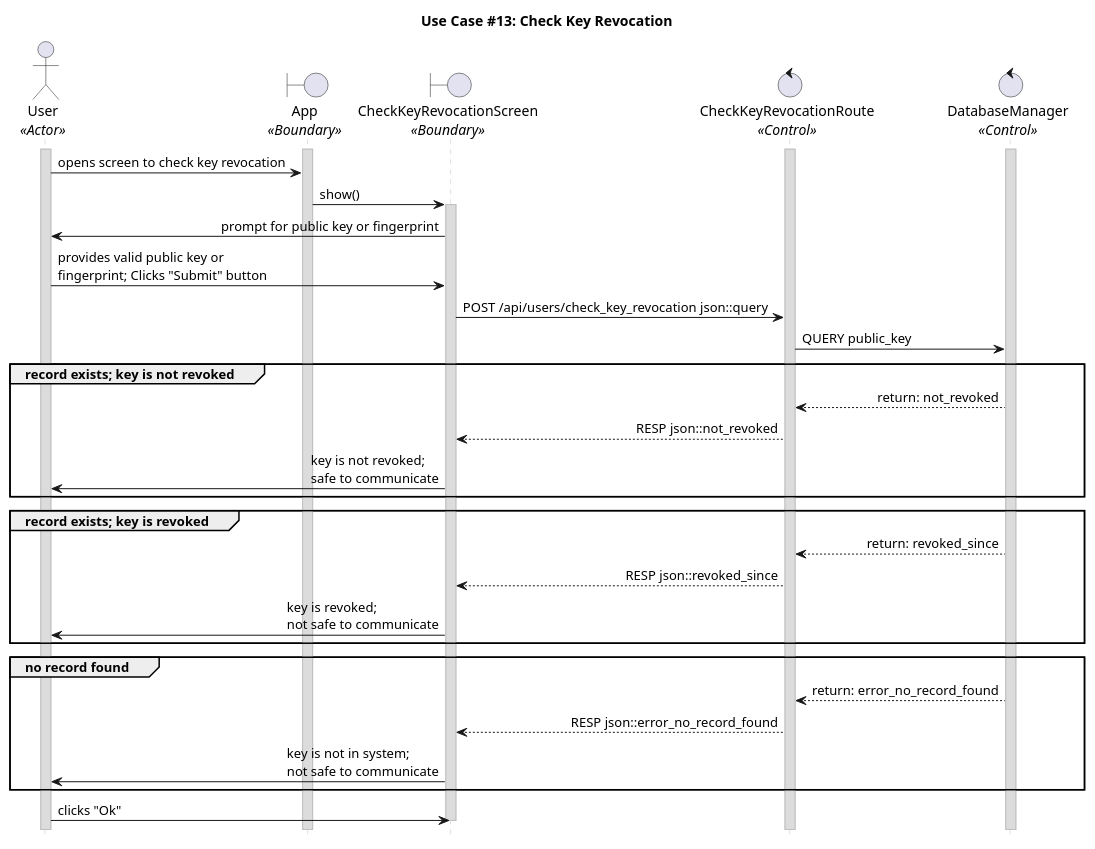
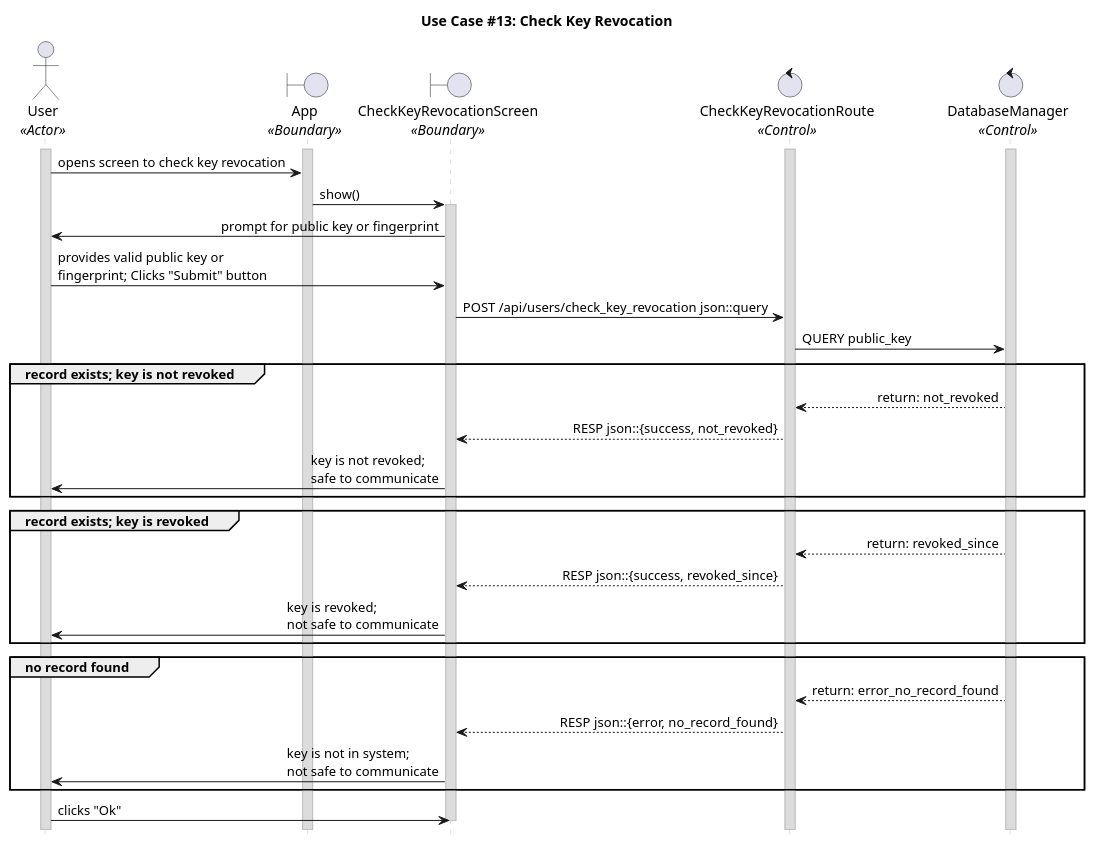
One commit to CECS-491-SP24-Group-1/seq-diagrams changed the diagram in uc_13.puml. Above: the diagram before and after it, drawn with PlantUML. The commit also changed 5 other files, not shown here.

```diff
--- a/uc_13.puml
+++ b/uc_13.puml
@@ -1,66 +1,66 @@
 @startuml uc13
 title "Use Case #13: Check Key Revocation"
 
 'Styling goes here
 hide footbox
 skinparam stereotypePosition bottom
 skinparam sequenceMessageAlign direction
 skinparam sequence {
 	LifeLineBorderColor #Silver
 	LifeLineBackgroundColor #Gainsboro
 }
 
 'Setup the objects involved here
 actor User as u <<Actor>>
 boundary App as a <<Boundary>>
 boundary CheckKeyRevocationScreen as krs <<Boundary>>
 control CheckKeyRevocationRoute as krr <<Control>>
 control DatabaseManager as dbm <<Control>>
 
 'Setup persistent objects here
 activate u
 activate a
 activate krr
 activate dbm
 
 '--- FLOW OF CONTROL STARTS HERE ---
 'The user sends the key to the server.
 u -> a: opens screen to check key revocation
 a -> krs: show()
 activate krs
 krs -> u: prompt for public key or fingerprint
 u -> krs: provides valid public key or \nfingerprint; Clicks "Submit" button
 
 'The server queries the revocation database for the key.
 krs -> krr: POST /api/users/check_key_revocation json::query
 krr -> dbm: QUERY public_key
 
 'The server responds back with the revocation status of the key.
 group record exists; key is not revoked
 
 	dbm --> krr: return: not_revoked
-	krr --> krs: RESP json::not_revoked
+	krr --> krs: RESP json::{success, not_revoked}
 	krs -> u: key is not revoked; \nsafe to communicate
 end
 group record exists; key is revoked
 
 	dbm --> krr: return: revoked_since
-	krr --> krs: RESP json::revoked_since
+	krr --> krs: RESP json::{success, revoked_since}
 	krs -> u: key is revoked; \nnot safe to communicate
 end
 
 'If no response from the database, then “indeterminate” is sent instead.
 group no record found
 
 	dbm --> krr: return: error_no_record_found
-	krr --> krs: RESP json::error_no_record_found
+	krr --> krs: RESP json::{error, no_record_found}
 	krs -> u: key is not in system; \nnot safe to communicate
 
 end
 
 'Cleanup
 u -> krs: clicks "Ok"
 deactivate krs
 '--- FLOW OF CONTROL ENDS HERE   ---
 
 @enduml
```
